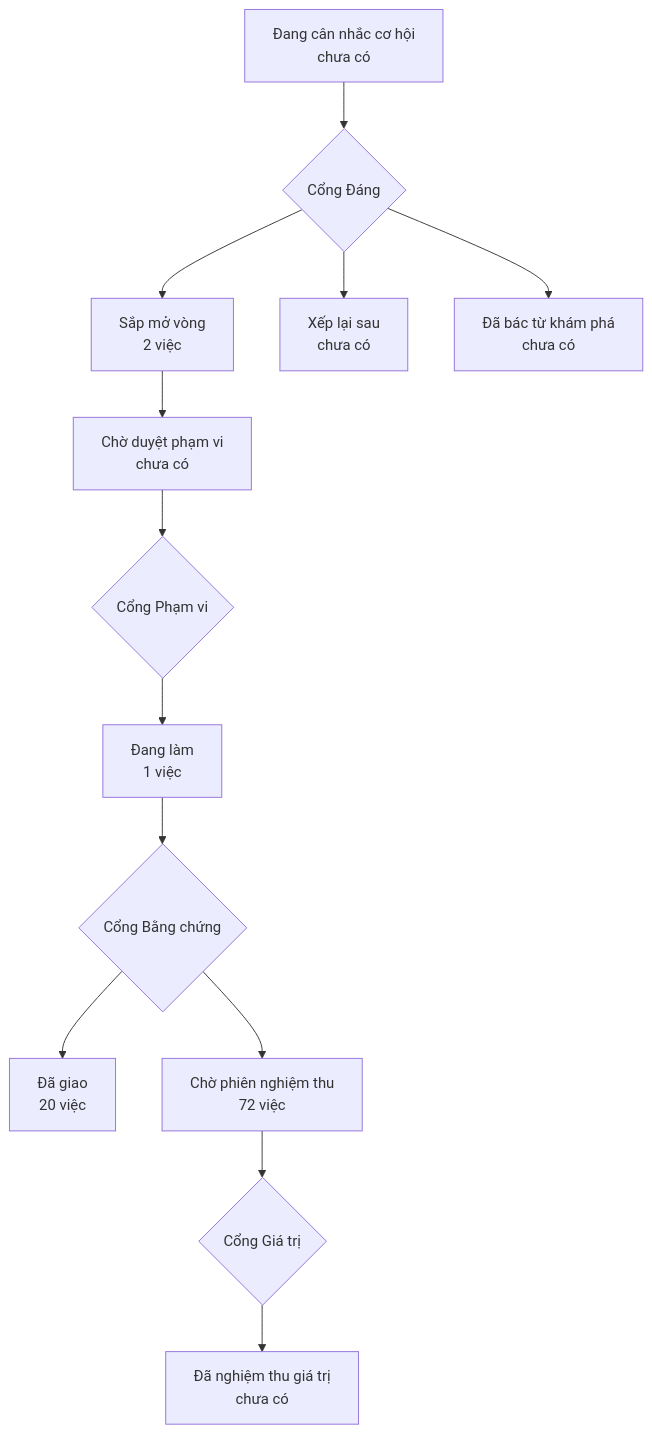
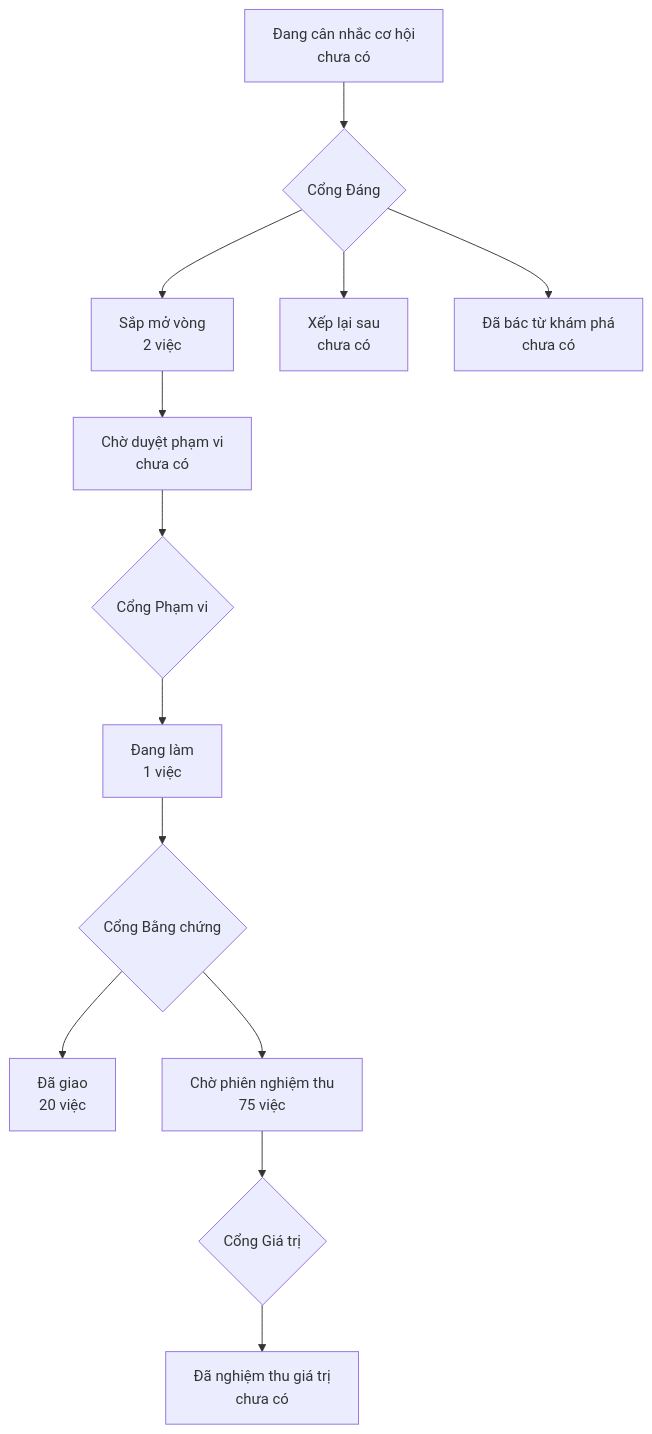
One commit to phanlemanh/onehub-quy-hang changed the diagram in PRODUCT-MAP.md. Above: the diagram before and after it, drawn with Mermaid. The commit also changed other lines of this file and 1 other file, not shown here.

````diff
--- a/PRODUCT-MAP.md
+++ b/PRODUCT-MAP.md
@@ -7,12 +7,12 @@
 ```mermaid
 flowchart TD
   A["Đang cân nhắc cơ hội<br/>chưa có"] --> GD{"Cổng Đáng"}
   GD --> B["Sắp mở vòng<br/>2 việc"]
   GD --> XL["Xếp lại sau<br/>chưa có"]
   GD --> DB["Đã bác từ khám phá<br/>chưa có"]
   B --> CD["Chờ duyệt phạm vi<br/>chưa có"] --> GP{"Cổng Phạm vi"}
   GP --> DL["Đang làm<br/>1 việc"] --> GB{"Cổng Bằng chứng"}
   GB --> DG["Đã giao<br/>20 việc"]
-  GB --> CN["Chờ phiên nghiệm thu<br/>72 việc"] --> GG{"Cổng Giá trị"}
+  GB --> CN["Chờ phiên nghiệm thu<br/>75 việc"] --> GG{"Cổng Giá trị"}
   GG --> NT["Đã nghiệm thu giá trị<br/>chưa có"]
 ```
````
